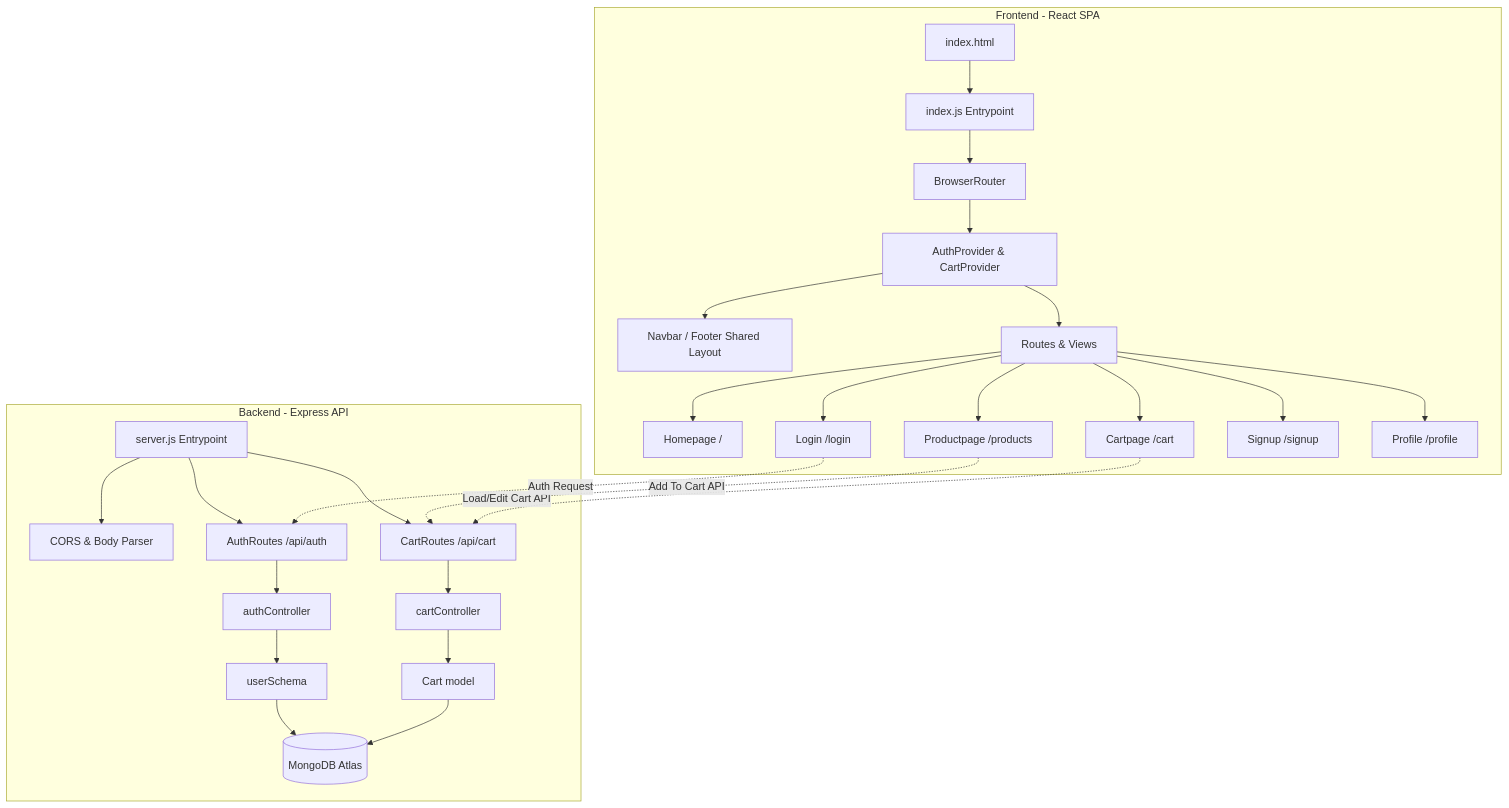
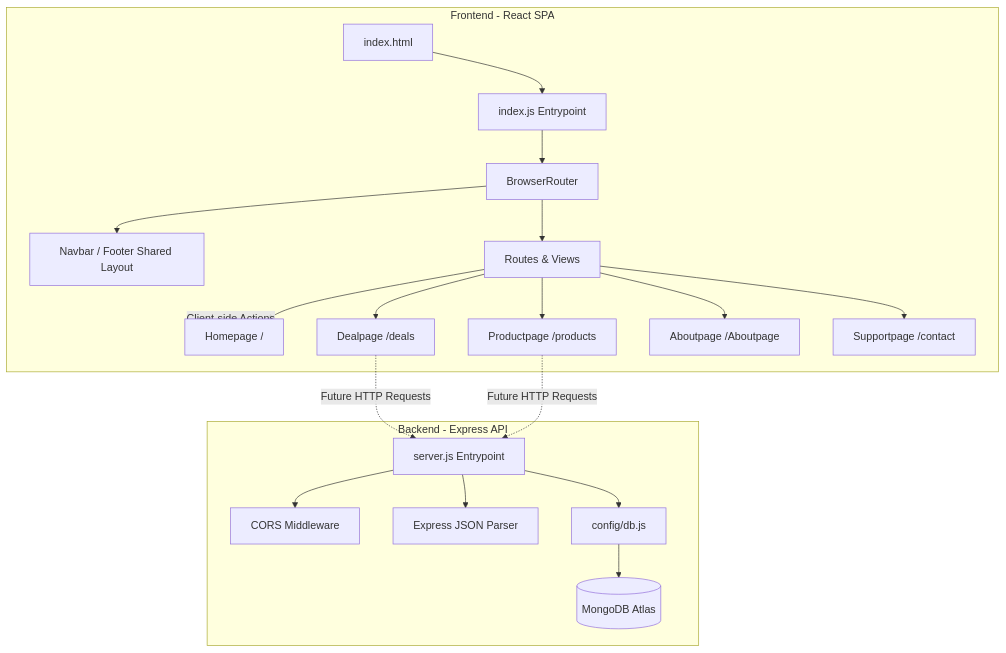
One commit to Ram-sah19/Zonda changed the diagram in zonda_architecture_report.md. Above: the diagram before and after it, drawn with Mermaid. The commit also changed other lines of this file and 1 other file, not shown here.

````diff
--- a/zonda_architecture_report.md
+++ b/zonda_architecture_report.md
@@ -13,32 +15,25 @@
 ```mermaid
 graph TD
     subgraph Client [Frontend - React SPA]
         A[index.html] --> B[index.js Entrypoint]
         B --> C[BrowserRouter]
-        C --> D[AuthProvider & CartProvider]
-        D --> E[Navbar / Footer Shared Layout]
-        D --> F[Routes & Views]
-        F --> F1[Homepage /]
-        F --> F2[Productpage /products]
-        F --> F3[Cartpage /cart]
-        F --> F4[Login /login]
-        F --> F5[Signup /signup]
-        F --> F6[Profile /profile]
+        C --> D[Navbar / Footer Shared Layout]
+        C --> E[Routes & Views]
+        E --> E1[Homepage /]
+        E --> E2[Productpage /products]
+        E --> E3[Dealpage /deals]
+        E --> E4[Aboutpage /Aboutpage]
+        E --> E5[Supportpage /contact]
     end
 
     subgraph Server [Backend - Express API]
-        G[server.js Entrypoint] --> H[CORS & Body Parser]
-        G --> I[AuthRoutes /api/auth]
-        G --> J[CartRoutes /api/cart]
-        I --> K[authController]
-        J --> L[cartController]
-        K --> M[userSchema]
-        L --> N[Cart model]
-        M --> O[(MongoDB Atlas)]
-        N --> O
+        F[server.js Entrypoint] --> G[CORS Middleware]
+        F --> H[Express JSON Parser]
+        F --> I[config/db.js]
+        I --> J[(MongoDB Atlas)]
     end
 
-    F2 -.->|Add To Cart API| J
-    F3 -.->|Load/Edit Cart API| J
-    F4 -.->|Auth Request| I
+    E1 -.->|Client-side Actions| Client
+    E2 -.->|Future HTTP Requests| F
+    E3 -.->|Future HTTP Requests| F
 ```
````
